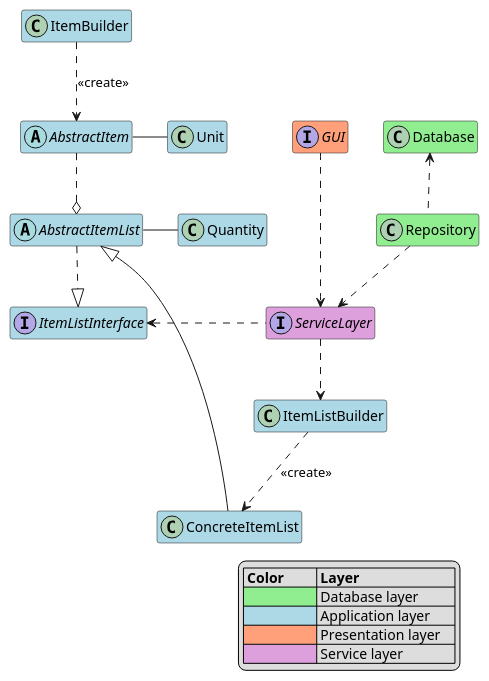
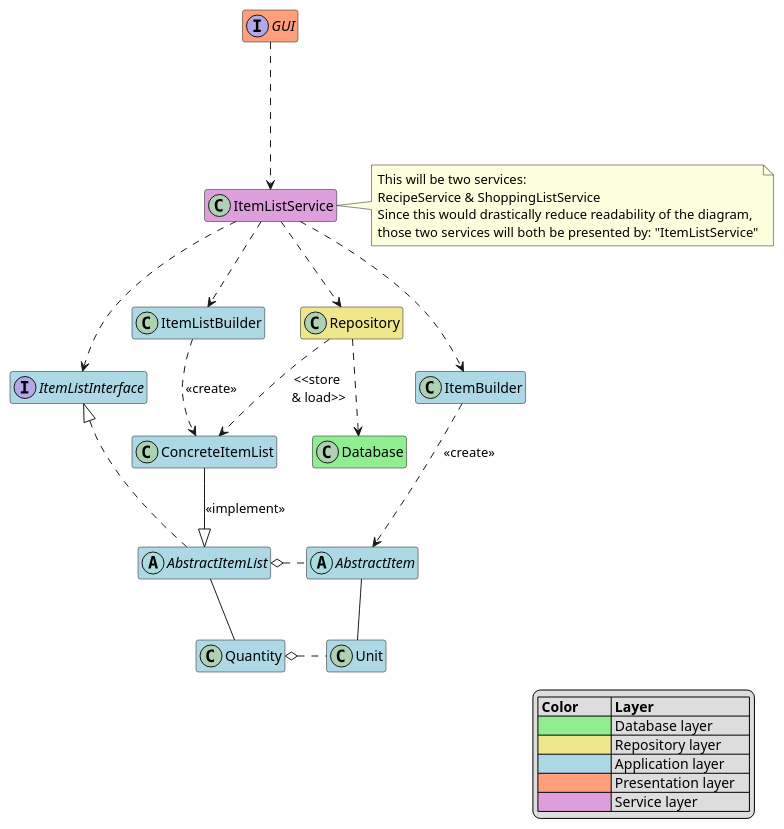
Before and after one commit to Uhgtred/Recipe_Shopping_List: the diagram in Architecture/BlackboxViewApplication.puml, drawn with PlantUML. The commit also changed 2 other files, not shown here.

Commit message:
Slight refactoring of the architecture and adding Layers.puml to define rules for layers.

```diff
--- a/Architecture/BlackboxViewApplication.puml
+++ b/Architecture/BlackboxViewApplication.puml
@@ -1,49 +1,60 @@
 @startuml
 hide empty members
 
 
 class Database #lightgreen
 
 
 interface GUI #lightsalmon
-GUI ...> ServiceLayer
+GUI ...> ItemListService
 
 
 interface ItemListInterface #lightblue
 
 class ItemListBuilder #lightblue
 ItemListBuilder ..> ConcreteItemList: <<create>>
 
 class ConcreteItemList #lightblue
-ConcreteItemList -u-|> AbstractItemList
+ConcreteItemList --|> AbstractItemList: <<implement>>
 
 class ItemBuilder #lightblue
 ItemBuilder ..> AbstractItem: <<create>>
 
 abstract class AbstractItem #lightblue
-AbstractItem ..o AbstractItemList
-AbstractItem -r- Unit
+AbstractItem .l.o AbstractItemList
+AbstractItem -- Unit
 
-class Repository #lightgreen
-Repository .u.> Database
-Repository ..> ServiceLayer
+class Repository #khaki
+Repository ..> Database
+Repository ..> ConcreteItemList: <<store \n& load>>
 
-interface ServiceLayer #plum
-ServiceLayer .l.> ItemListInterface
-ServiceLayer ..> ItemListBuilder
+' This will be two services actually:
+'   RecipeService
+'   ShoppingListService
+' Since this would drastically reduce readability of the diagram those two services will both be
+' presented by "ItemListService"
+class ItemListService #plum {
+}
+ItemListService ..> ItemListInterface
+ItemListService ..> ItemListBuilder
+ItemListService ..> Repository
+ItemListService ..> ItemBuilder
+note right of ItemListService: This will be two services: \nRecipeService & ShoppingListService \nSince this would drastically reduce readability of the diagram, \nthose two services will both be presented by: "ItemListService"
 
 abstract class AbstractItemList #lightblue
-AbstractItemList ..|> ItemListInterface
-AbstractItemList -r- Quantity
+AbstractItemList .l.|> ItemListInterface
+AbstractItemList -- Quantity
 
 class Quantity #lightblue
+Quantity o.r. Unit
 
 class Unit #lightblue
 legend bottom right
 | **Color**         | **Layer**             |
 | <#lightgreen>     | Database layer        |
+| <#khaki>          | Repository layer      |
 | <#lightblue>      | Application layer     |
 | <#lightsalmon>    | Presentation layer    |
 | <#plum>           | Service layer         |
 end legend
 @enduml
```
